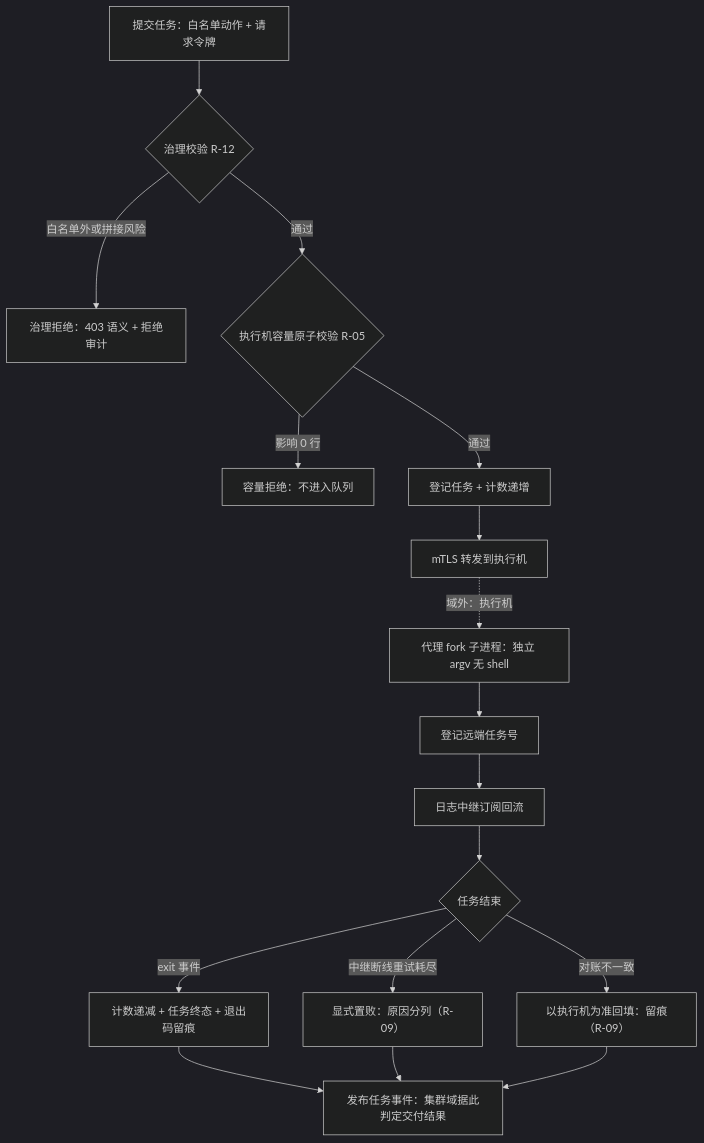
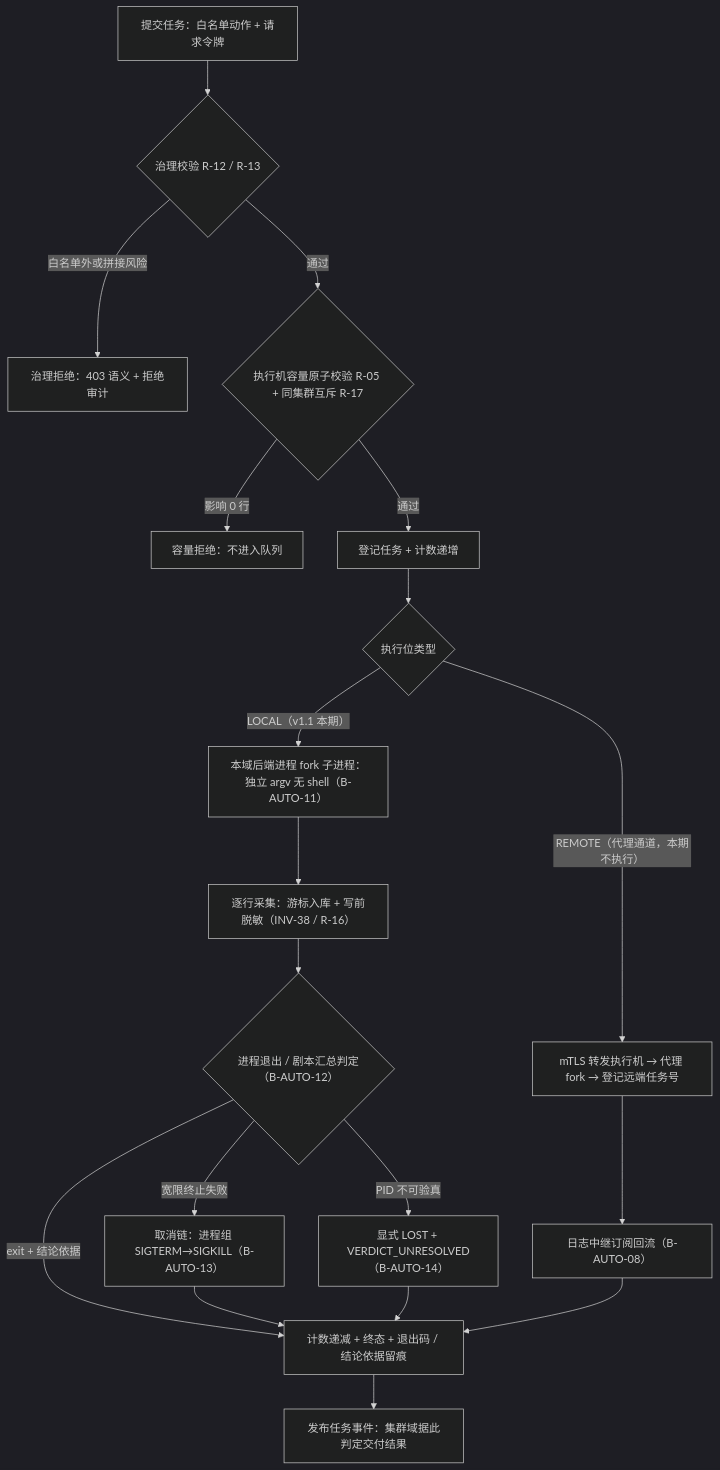
Before and after one commit to Project-Opic/opic-ign: the fifth of 9 diagrams in design/spec/需求规格说明书-OPIC-交付执行域.md, drawn with Mermaid (dark theme). The commit also changed other lines of this file and 54 other files, not shown here.

````diff
--- a/design/spec/需求规格说明书-OPIC-交付执行域.md
+++ b/design/spec/需求规格说明书-OPIC-交付执行域.md
@@ -806,19 +938,21 @@
 ```mermaid
 flowchart TD
-    A["提交任务：白名单动作 + 请求令牌"] --> B{"治理校验 R-12"}
+    A["提交任务：白名单动作 + 请求令牌"] --> B{"治理校验 R-12 / R-13"}
     B -->|白名单外或拼接风险| Z1["治理拒绝：403 语义 + 拒绝审计"]
-    B -->|通过| C{"执行机容量原子校验 R-05"}
+    B -->|通过| C{"执行机容量原子校验 R-05 + 同集群互斥 R-17"}
     C -->|影响 0 行| Z2["容量拒绝：不进入队列"]
     C -->|通过| D["登记任务 + 计数递增"]
-    D --> E["mTLS 转发到执行机"]
-    E -.->|域外：执行机| F["代理 fork 子进程：独立 argv 无 shell"]
-    F --> G["登记远端任务号"]
-    G --> H["日志中继订阅回流"]
-    H --> I{"任务结束"}
-    I -->|exit 事件| J["计数递减 + 任务终态 + 退出码留痕"]
-    I -->|中继断线重试耗尽| K["显式置败：原因分列（R-09）"]
-    I -->|对账不一致| L["以执行机为准回填：留痕（R-09）"]
-    J --> M["发布任务事件：集群域据此判定交付结果"]
-    K --> M
-    L --> M
+    D --> E{"执行位类型"}
+    E -->|LOCAL（v1.1 本期）| F["本域后端进程 fork 子进程：独立 argv 无 shell（B-AUTO-11）"]
+    F --> G["逐行采集：游标入库 + 写前脱敏（INV-38 / R-16）"]
+    G --> H{"进程退出 / 剧本汇总判定（B-AUTO-12）"}
+    E -->|REMOTE（代理通道，本期不执行）| I["mTLS 转发执行机 → 代理 fork → 登记远端任务号"]
+    I --> J["日志中继订阅回流（B-AUTO-08）"]
+    H -->|exit + 结论依据| K["计数递减 + 终态 + 退出码 / 结论依据留痕"]
+    J --> K
+    H -->|宽限终止失败| L["取消链：进程组 SIGTERM→SIGKILL（B-AUTO-13）"]
+    L --> K
+    H -->|PID 不可验真| M["显式 LOST + VERDICT_UNRESOLVED（B-AUTO-14）"]
+    M --> K
+    K --> N["发布任务事件：集群域据此判定交付结果"]
 ```
````
